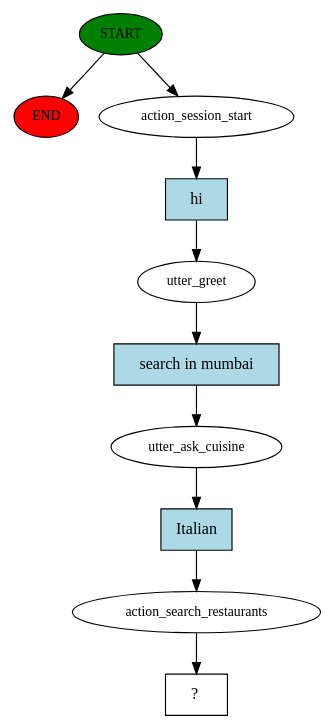
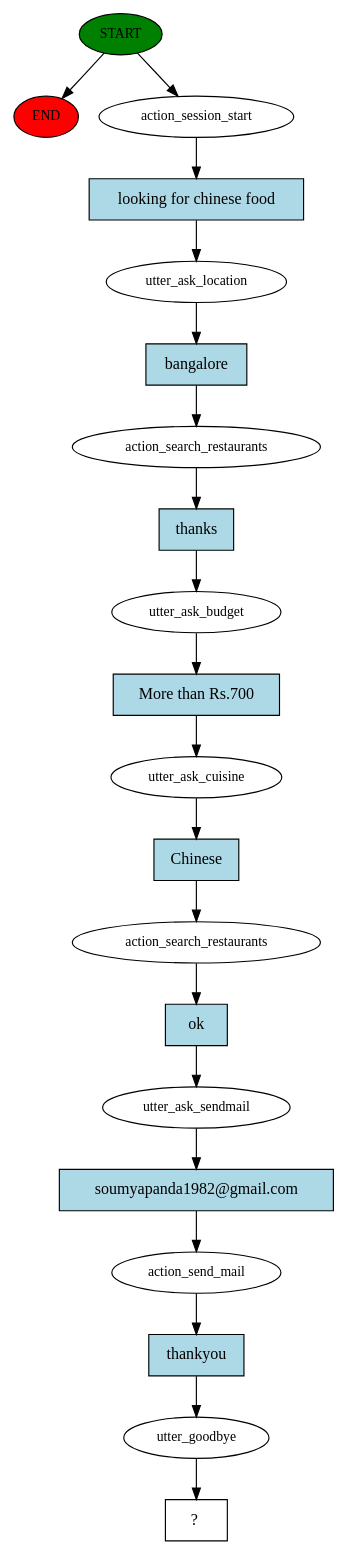
The diagram in story_graph.dot (CalmIdiot1982/IIIT-AIML-ChatBot), drawn with Graphviz before and after one commit. The commit also changed 11 other files, not shown here.

```diff
--- a/story_graph.dot
+++ b/story_graph.dot
@@ -1,21 +1,41 @@
 digraph  {
 0 [class="start active", fillcolor=green, fontsize=12, label=START, style=filled];
 "-1" [class=end, fillcolor=red, fontsize=12, label=END, style=filled];
 1 [class=active, fontsize=12, label=action_session_start];
-2 [class=active, fontsize=12, label=utter_greet];
-3 [class=active, fontsize=12, label=utter_ask_cuisine];
-4 [class=active, fontsize=12, label=action_search_restaurants];
-5 [class="intent dashed active", label="  ?  ", shape=rect];
-6 [class="intent active", fillcolor=lightblue, label=hi, shape=rect, style=filled];
-7 [class="intent active", fillcolor=lightblue, label="search in mumbai", shape=rect, style=filled];
-8 [class="intent active", fillcolor=lightblue, label=Italian, shape=rect, style=filled];
+2 [class=active, fontsize=12, label=utter_ask_location];
+3 [class=active, fontsize=12, label=action_search_restaurants];
+4 [class=active, fontsize=12, label=utter_ask_budget];
+5 [class=active, fontsize=12, label=utter_ask_cuisine];
+6 [class=active, fontsize=12, label=action_search_restaurants];
+7 [class=active, fontsize=12, label=utter_ask_sendmail];
+8 [class=active, fontsize=12, label=action_send_mail];
+9 [class=active, fontsize=12, label=utter_goodbye];
+10 [class="intent dashed active", label="  ?  ", shape=rect];
+11 [class="intent active", fillcolor=lightblue, label="looking for chinese food", shape=rect, style=filled];
+12 [class="intent active", fillcolor=lightblue, label=bangalore, shape=rect, style=filled];
+13 [class="intent active", fillcolor=lightblue, label=thanks, shape=rect, style=filled];
+14 [class="intent active", fillcolor=lightblue, label="More than Rs.700", shape=rect, style=filled];
+15 [class="intent active", fillcolor=lightblue, label=Chinese, shape=rect, style=filled];
+16 [class="intent active", fillcolor=lightblue, label=ok, shape=rect, style=filled];
+17 [class="intent active", fillcolor=lightblue, label="soumyapanda1982@gmail.com", shape=rect, style=filled];
+18 [class="intent active", fillcolor=lightblue, label=thankyou, shape=rect, style=filled];
 0 -> "-1"  [class="", key=NONE, label=""];
 0 -> 1  [class=active, key=NONE, label=""];
-1 -> 6  [class=active, key=0];
-2 -> 7  [class=active, key=0];
-3 -> 8  [class=active, key=0];
-4 -> 5  [class=active, key=NONE, label=""];
-6 -> 2  [class=active, key=0];
-7 -> 3  [class=active, key=0];
-8 -> 4  [class=active, key=0];
+1 -> 11  [class=active, key=0];
+2 -> 12  [class=active, key=0];
+3 -> 13  [class=active, key=0];
+4 -> 14  [class=active, key=0];
+5 -> 15  [class=active, key=0];
+6 -> 16  [class=active, key=0];
+7 -> 17  [class=active, key=0];
+8 -> 18  [class=active, key=0];
+9 -> 10  [class=active, key=NONE, label=""];
+11 -> 2  [class=active, key=0];
+12 -> 3  [class=active, key=0];
+13 -> 4  [class=active, key=0];
+14 -> 5  [class=active, key=0];
+15 -> 6  [class=active, key=0];
+16 -> 7  [class=active, key=0];
+17 -> 8  [class=active, key=0];
+18 -> 9  [class=active, key=0];
 }
```
